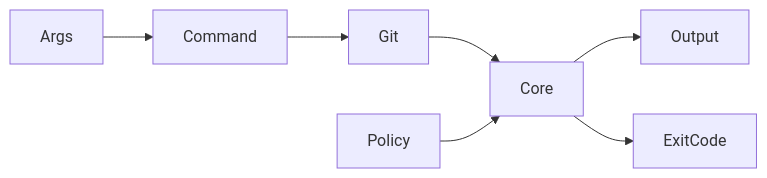
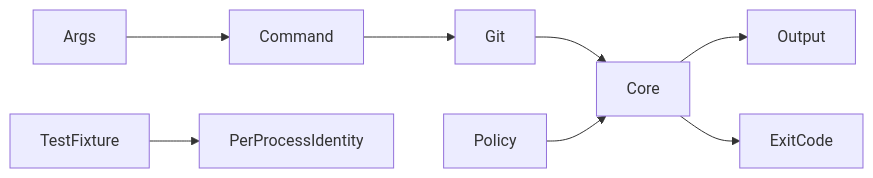
The first of 3 diagrams in packages/cli/AGENTS.md (streamentry/AGENTOWNERS), drawn with Mermaid before and after one commit. The commit also changed other lines of this file and 4 other files, not shown here.

Commit message:
test(cli): isolate git fixture identity (#31)

````diff
--- a/packages/cli/AGENTS.md
+++ b/packages/cli/AGENTS.md
@@ -22,8 +22,9 @@
 ```mermaid
 flowchart LR
   Args --> Command --> Git
+  TestFixture --> PerProcessIdentity
   Git --> Core
   Policy --> Core
   Core --> Output
   Core --> ExitCode
 ```
````
